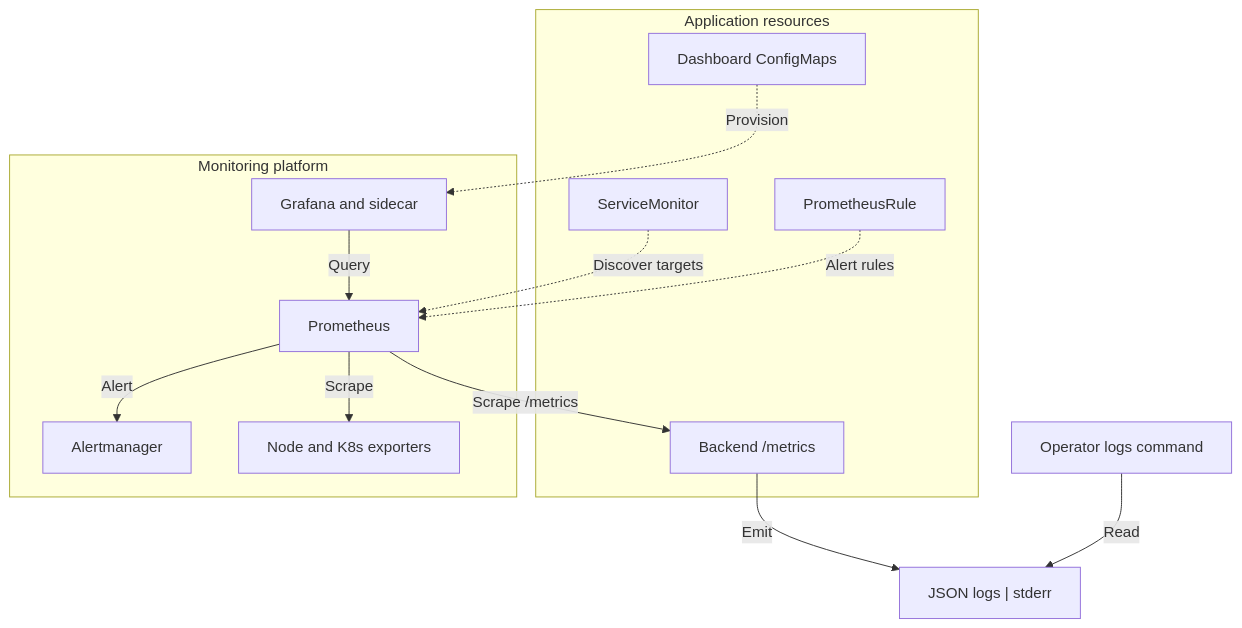
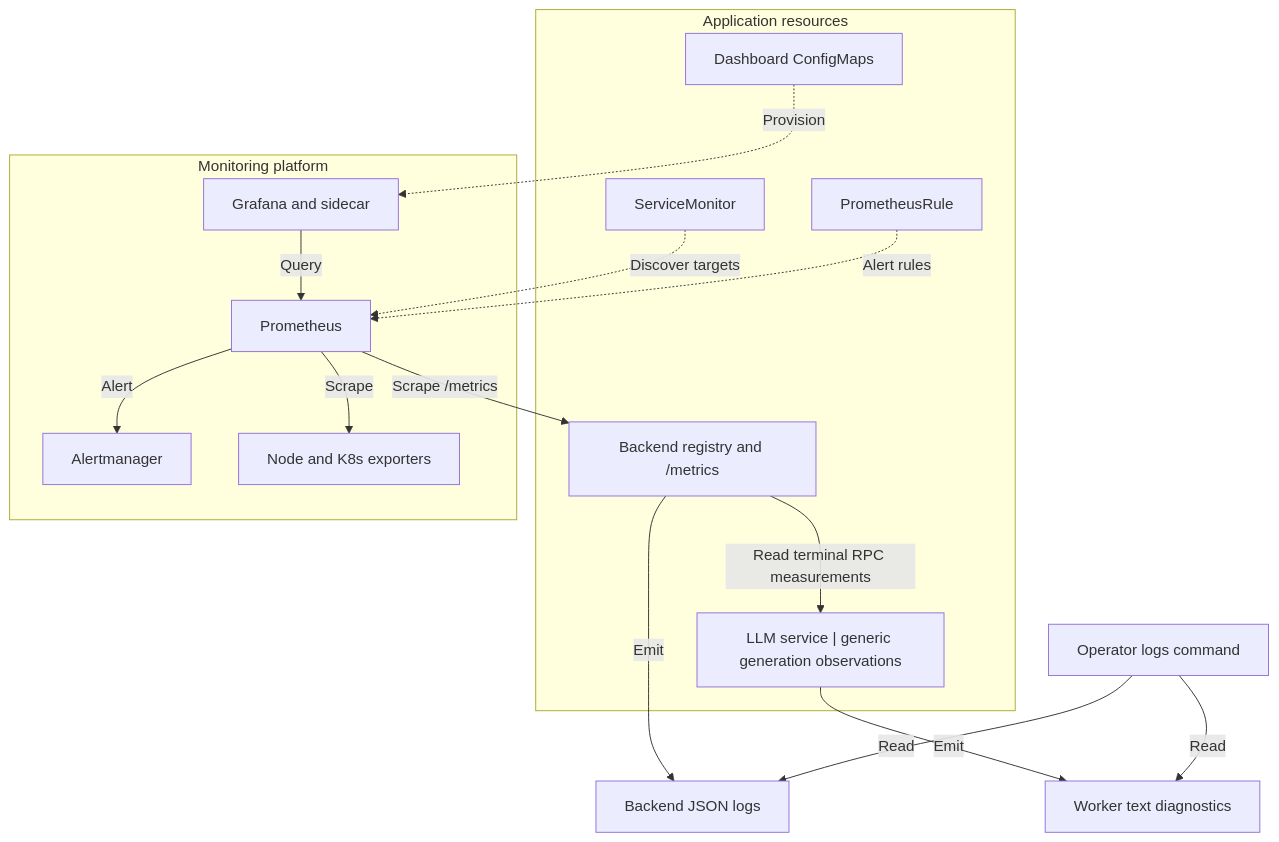
Before and after one commit to GodfreyLyu/LocalQwenDemo: the diagram in docs/reference/observability.md, drawn with Mermaid. The commit also changed other lines of this file and 144 other files, not shown here.

````diff
--- a/docs/reference/observability.md
+++ b/docs/reference/observability.md
@@ -18,28 +20,33 @@
 ```mermaid
 flowchart TB
     accTitle: Optional local monitoring and application log flow
-    accDescr: The application Chart supplies ServiceMonitor, alert rules and dashboard ConfigMaps. Terraform owns the monitoring platform. Prometheus scrapes internal backend metrics and cluster exporters, Grafana queries Prometheus and loads dashboard ConfigMaps, and Alertmanager receives local alerts. Operators read JSON logs separately through kubectl or the local Helm CLI.
+    accDescr: The application Chart supplies ServiceMonitor, alert rules and dashboard ConfigMaps. The backend imports section measurements from terminal Thrift snapshots. Terraform's Prometheus scrapes the backend and cluster exporters; Grafana queries it and Alertmanager receives alerts. Operators read backend JSON logs and worker text logs separately.
     subgraph application["Application resources"]
-        backend["Backend /metrics"]
+        backend["Backend registry and /metrics"]
+        worker["LLM service | generic generation observations"]
         monitor["ServiceMonitor"]
         rules["PrometheusRule"]
         dashboards["Dashboard ConfigMaps"]
     end
     subgraph platform["Monitoring platform"]
         prometheus["Prometheus"]
         grafana["Grafana and sidecar"]
         alerts["Alertmanager"]
         exporters["Node and K8s exporters"]
     end
-    logs["JSON logs | stderr"]
+    logs["Backend JSON logs"]
+    workerLogs["Worker text diagnostics"]
     operator["Operator logs command"]
     monitor -.->|"Discover targets"| prometheus
     rules -.->|"Alert rules"| prometheus
     dashboards -.->|"Provision"| grafana
     prometheus -->|"Scrape /metrics"| backend
     prometheus -->|"Scrape"| exporters
     grafana -->|"Query"| prometheus
     prometheus -->|"Alert"| alerts
     backend -->|"Emit"| logs
+    backend -->|"Read terminal RPC measurements"| worker
+    worker -->|"Emit"| workerLogs
     operator -->|"Read"| logs
+    operator -->|"Read"| workerLogs
 ```
````
